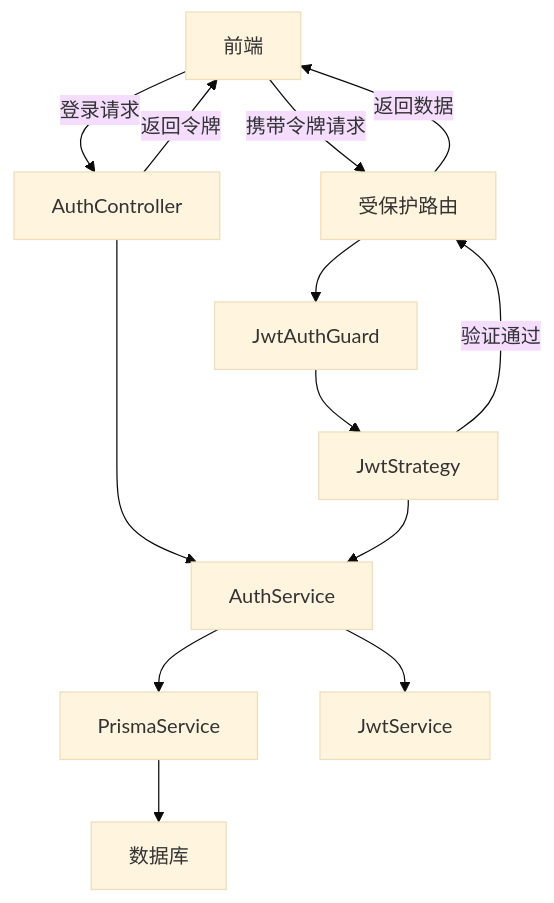
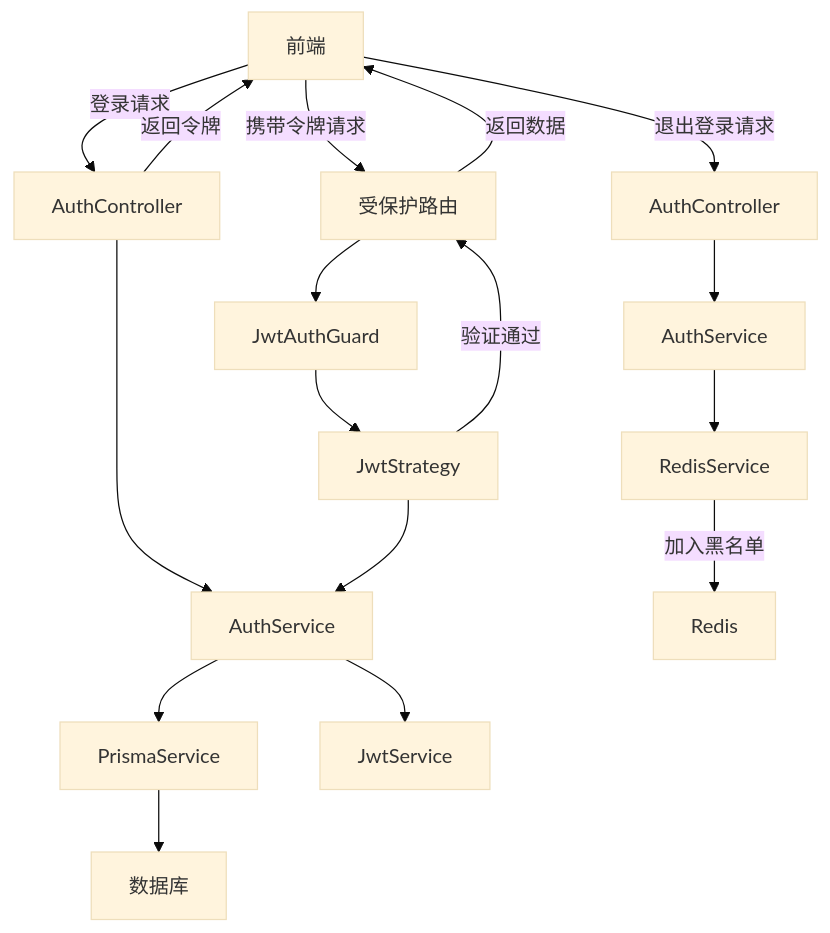
One commit to xixixiaoyu/vue3-nest-template changed the second of 8 diagrams in .qoder/repowiki/zh/content/后端服务/认证模块.md. Above: the diagram before and after it, drawn with Mermaid (base theme). The commit also changed other lines of this file and 5 other files, not shown here.

````diff
--- a/.qoder/repowiki/zh/content/后端服务/认证模块.md
+++ b/.qoder/repowiki/zh/content/后端服务/认证模块.md
@@ -88,15 +91,19 @@
 ```mermaid
 graph TD
 A[前端] --> |登录请求| B[AuthController]
 B --> C[AuthService]
 C --> D[PrismaService]
 D --> E[数据库]
 C --> F[JwtService]
 B --> |返回令牌| A
 A --> |携带令牌请求| G[受保护路由]
 G --> H[JwtAuthGuard]
 H --> I[JwtStrategy]
 I --> C
 I --> |验证通过| G
 G --> |返回数据| A
+A --> |退出登录请求| J[AuthController]
+J --> K[AuthService]
+K --> L[RedisService]
+L --> |加入黑名单| M[Redis]
 ```
````
